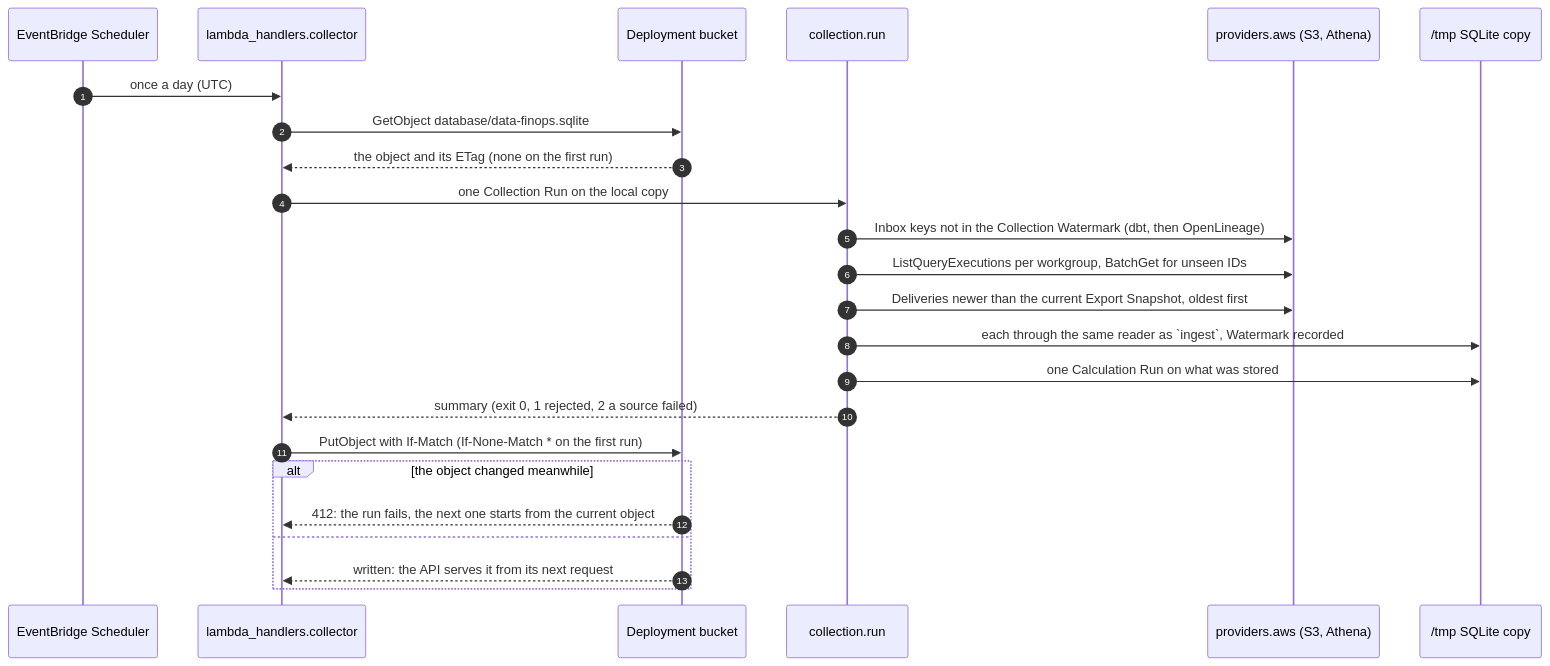
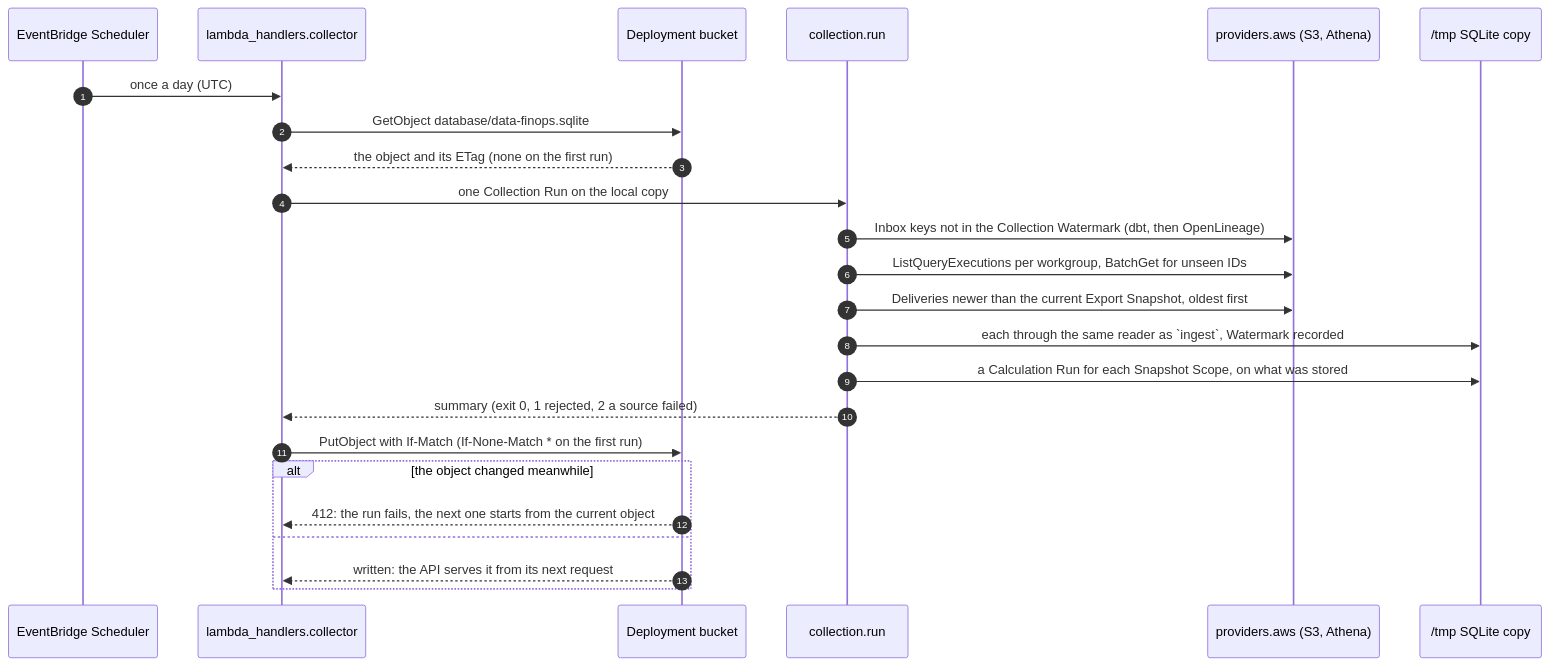
The fifth of 5 diagrams in docs/architecture/README.md (apmalong/data-finops), drawn with Mermaid before and after one commit. The commit also changed other lines of this file and 10 other files, not shown here.

````diff
--- a/docs/architecture/README.md
+++ b/docs/architecture/README.md
@@ -244,26 +244,26 @@
 ```mermaid
 sequenceDiagram
     autonumber
     participant Sch as EventBridge Scheduler
     participant Col as lambda_handlers.collector
     participant S3 as Deployment bucket
     participant Run as collection.run
     participant AWS as providers.aws (S3, Athena)
     participant DB as /tmp SQLite copy
     Sch->>Col: once a day (UTC)
     Col->>S3: GetObject database/data-finops.sqlite
     S3-->>Col: the object and its ETag (none on the first run)
     Col->>Run: one Collection Run on the local copy
     Run->>AWS: Inbox keys not in the Collection Watermark (dbt, then OpenLineage)
     Run->>AWS: ListQueryExecutions per workgroup, BatchGet for unseen IDs
     Run->>AWS: Deliveries newer than the current Export Snapshot, oldest first
     Run->>DB: each through the same reader as `ingest`, Watermark recorded
-    Run->>DB: one Calculation Run on what was stored
+    Run->>DB: a Calculation Run for each Snapshot Scope, on what was stored
     Run-->>Col: summary (exit 0, 1 rejected, 2 a source failed)
     Col->>S3: PutObject with If-Match (If-None-Match * on the first run)
     alt the object changed meanwhile
         S3-->>Col: 412: the run fails, the next one starts from the current object
     else
         S3-->>Col: written: the API serves it from its next request
     end
 ```
````
